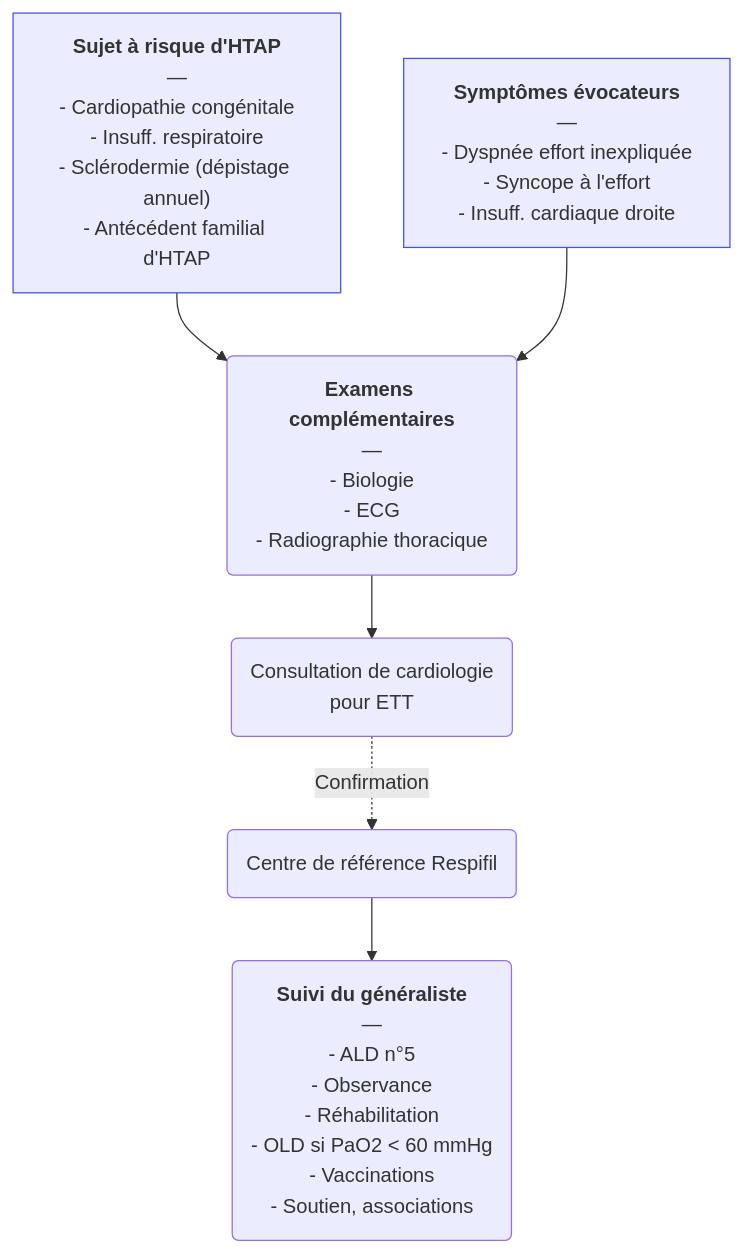
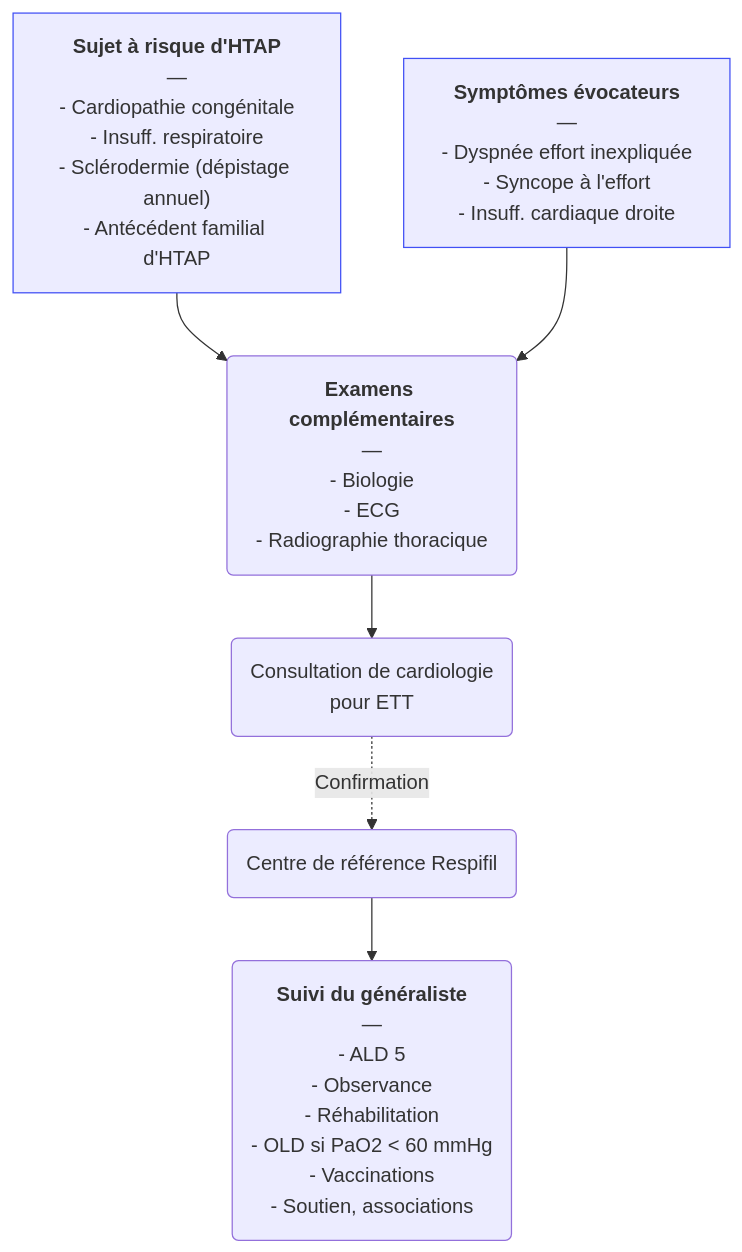
The diagram in content/recommandations/hypertension-arterielle-pulmonaire.md (djibe/recommandations-medicales), drawn with Mermaid before and after one commit. The commit also changed 12 other files, not shown here.

```diff
--- a/content/recommandations/hypertension-arterielle-pulmonaire.md
+++ b/content/recommandations/hypertension-arterielle-pulmonaire.md
@@ -201,7 +201,7 @@
 {{< mermaid title="Prise en charge de l'hypertension artérielle pulmonaire. Drs Alaedine Benani et JB Fron d'après ESC 2022" >}}
 graph TB
-  risque["<b>Sujet à risque d'HTAP</b><br>—<br>- Cardiopathie congénitale<br>- Insuff. respiratoire<br>- Sclérodermie (dépistage annuel)<br>- Antécédent familial d'HTAP"] --> examens("<b>Examens complémentaires</b><br>—<br>- Biologie<br>- ECG<br>- Radiographie thoracique") --> cardiologue("Consultation de cardiologie<br>pour ETT") -. Confirmation .-> référence(Centre de référence Respifil) --> suivi("<b>Suivi du généraliste</b><br>—<br>- ALD n°5<br>- Observance<br>- Réhabilitation<br>- OLD si PaO2 &lt; 60 mmHg<br>- Vaccinations<br>- Soutien, associations")
+  risque["<b>Sujet à risque d'HTAP</b><br>—<br>- Cardiopathie congénitale<br>- Insuff. respiratoire<br>- Sclérodermie (dépistage annuel)<br>- Antécédent familial d'HTAP"] --> examens("<b>Examens complémentaires</b><br>—<br>- Biologie<br>- ECG<br>- Radiographie thoracique") --> cardiologue("Consultation de cardiologie<br>pour ETT") -. Confirmation .-> référence(Centre de référence Respifil) --> suivi("<b>Suivi du généraliste</b><br>—<br>- ALD 5<br>- Observance<br>- Réhabilitation<br>- OLD si PaO2 &lt; 60 mmHg<br>- Vaccinations<br>- Soutien, associations")
   symptômes["<b>Symptômes évocateurs</b><br>—<br>- Dyspnée effort inexpliquée<br>- Syncope à l'effort<br>- Insuff. cardiaque droite"] --> examens
   style risque stroke:#4150f5, stroke-width:1px
   style symptômes stroke:#4150f5, stroke-width:1px
 {{< /mermaid >}}
```
